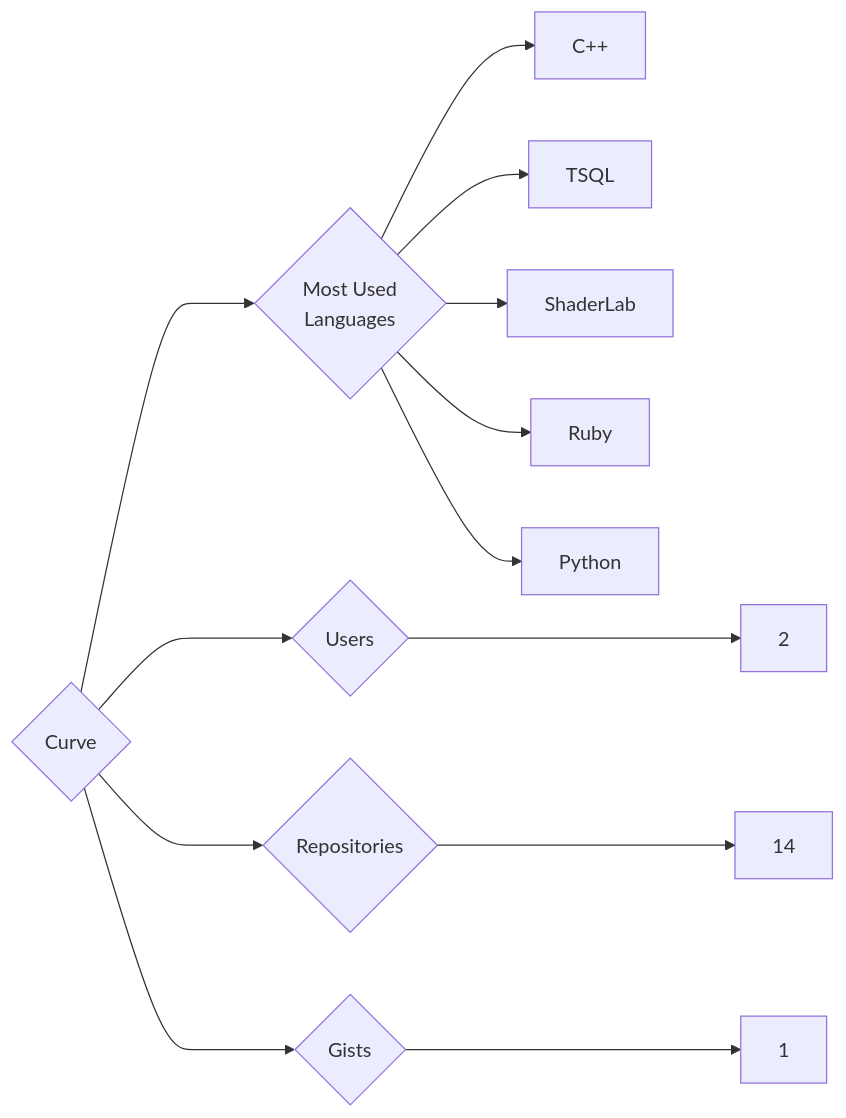
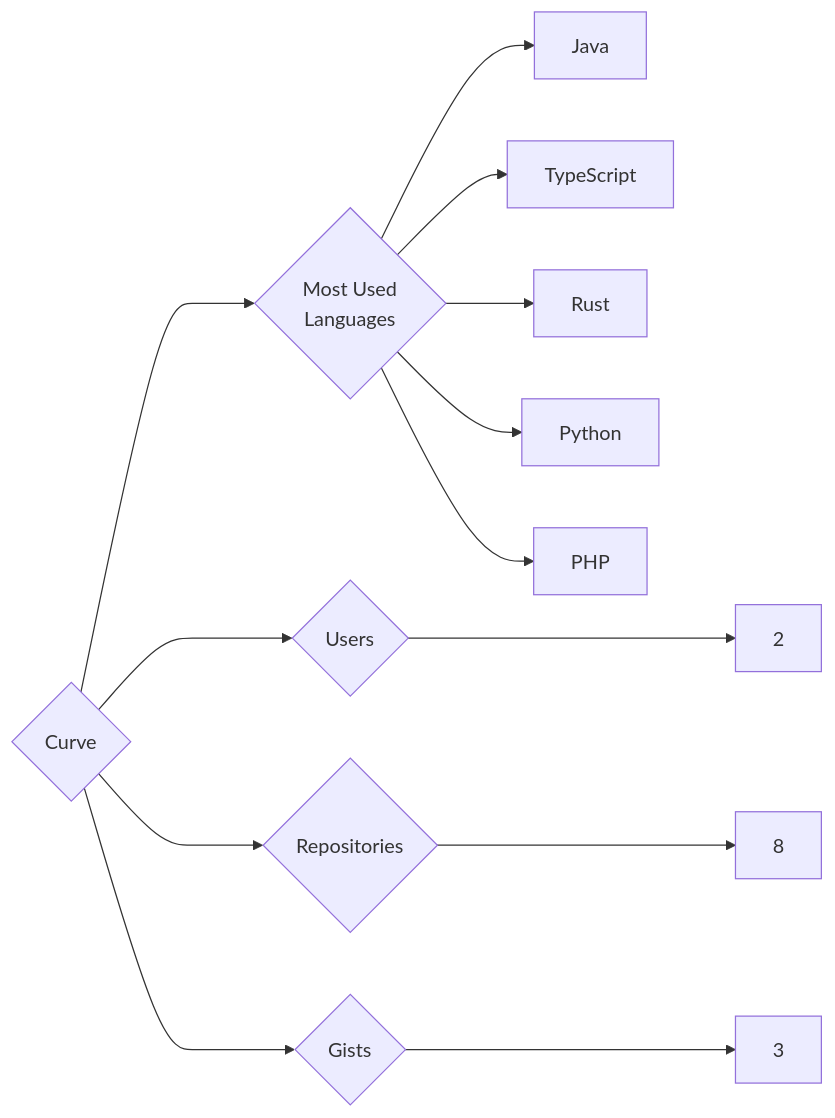
Before and after one commit to trickest/insiders: the diagram in targets/Curve/README.md, drawn with Mermaid. The commit also changed 985 other files, not shown here.

````diff
--- a/targets/Curve/README.md
+++ b/targets/Curve/README.md
@@ -3,13 +3,13 @@
 ```mermaid
 graph LR
 COMPANY_NAME{Curve}
 COMPANY_NAME ---> U{Users} ---> UN[2]
-COMPANY_NAME ---> R{Repositories} ---> RN[14]
-COMPANY_NAME ---> G{Gists} ---> GN[1]
+COMPANY_NAME ---> R{Repositories} ---> RN[8]
+COMPANY_NAME ---> G{Gists} ---> GN[3]
 COMPANY_NAME ---> ML{Most Used<br>Languages}
-ML --> C++[C++]
-ML --> TSQL[TSQL]
-ML --> ShaderLab[ShaderLab]
-ML --> Ruby[Ruby]
+ML --> Java[Java]
+ML --> TypeScript[TypeScript]
+ML --> Rust[Rust]
 ML --> Python[Python]
+ML --> PHP[PHP]
 ```
````
